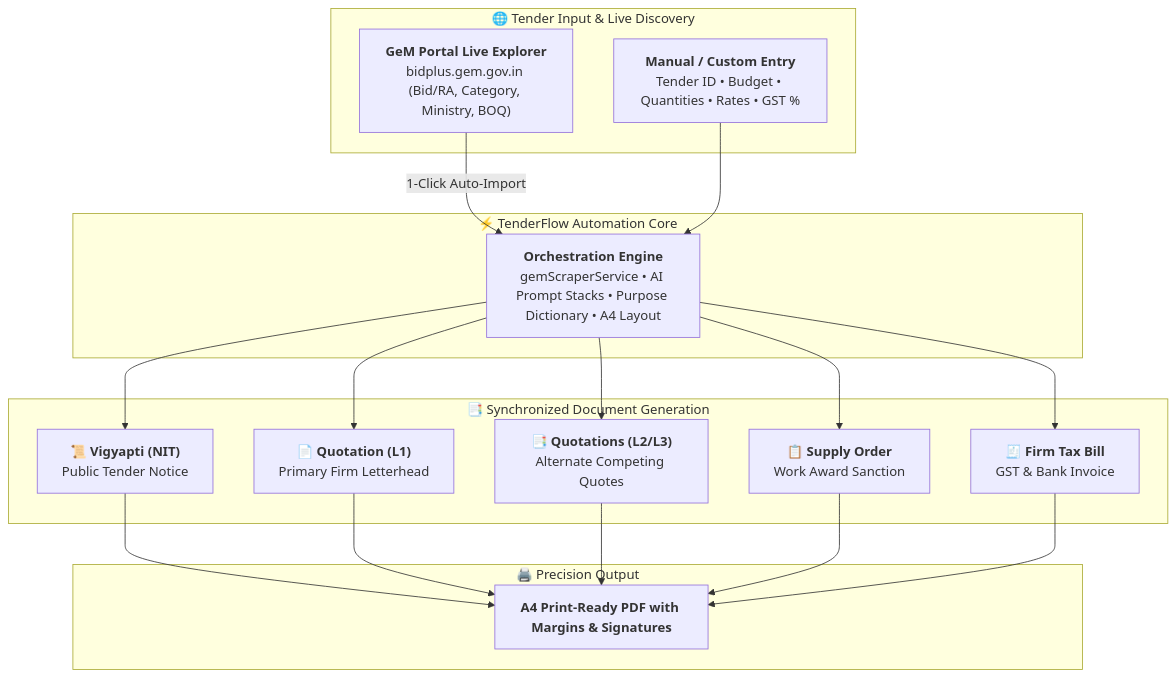
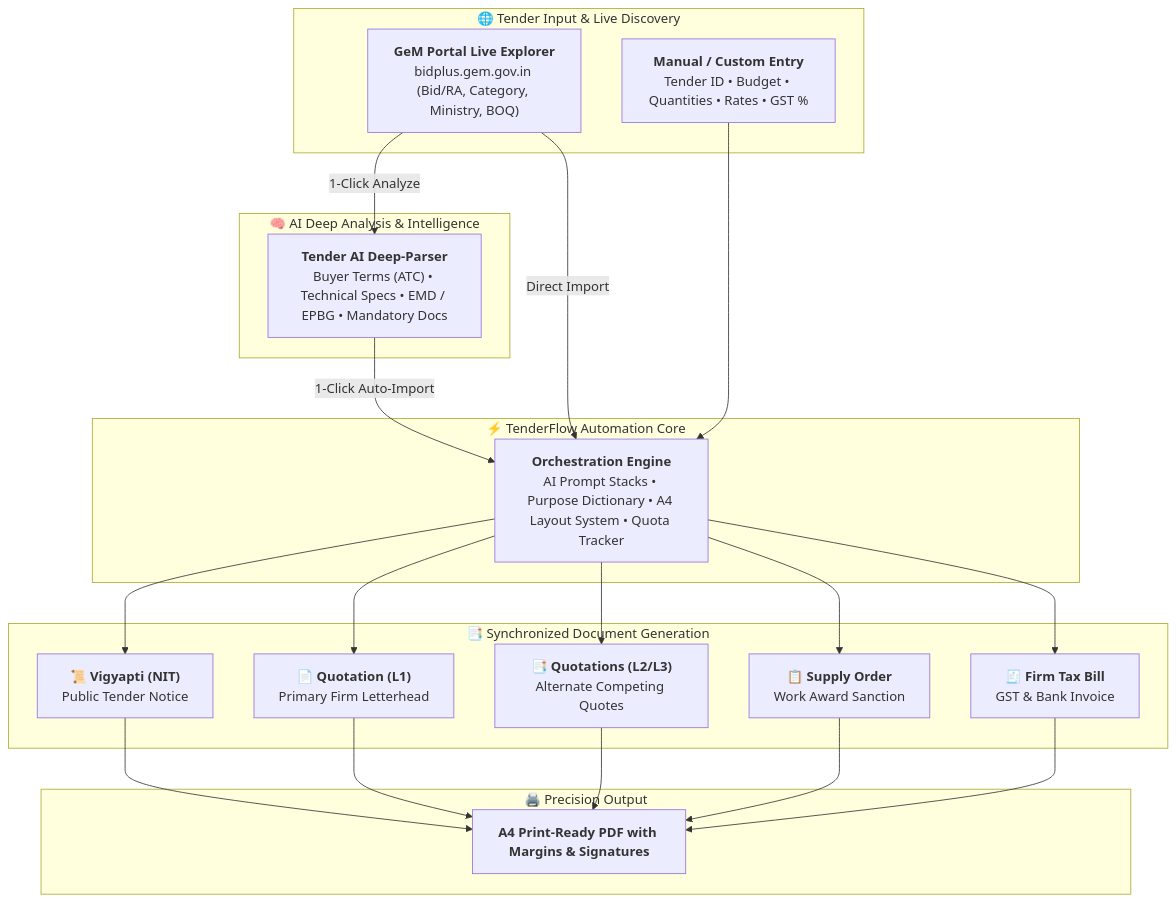
One commit to Magraa/TenderFlow-AI changed the first of 9 diagrams in README.md. Above: the diagram before and after it, drawn with Mermaid. The commit also changed other lines of this file and 18 other files, not shown here.

Commit message:
feat: add AI tender deep analysis, real-time quota tracking HUD & update README

````diff
--- a/README.md
+++ b/README.md
@@ -49,32 +51,38 @@
 ```mermaid
 flowchart TD
     subgraph SOURCES ["🌐 Tender Input & Live Discovery"]
         G["<b>GeM Portal Live Explorer</b><br/>bidplus.gem.gov.in (Bid/RA, Category, Ministry, BOQ)"]
         M["<b>Manual / Custom Entry</b><br/>Tender ID • Budget • Quantities • Rates • GST %"]
     end
 
+    subgraph ANALYSIS ["🧠 AI Deep Analysis & Intelligence"]
+        A["<b>Tender AI Deep-Parser</b><br/>Buyer Terms (ATC) • Technical Specs • EMD / EPBG • Mandatory Docs"]
+    end
+
     subgraph ENGINE ["⚡ TenderFlow Automation Core"]
-        O["<b>Orchestration Engine</b><br/>gemScraperService • AI Prompt Stacks • Purpose Dictionary • A4 Layout"]
+        O["<b>Orchestration Engine</b><br/>AI Prompt Stacks • Purpose Dictionary • A4 Layout System • Quota Tracker"]
     end
 
     subgraph OUTPUTS ["📑 Synchronized Document Generation"]
         D1["📜 <b>Vigyapti (NIT)</b><br/>Public Tender Notice"]
         D2["📄 <b>Quotation (L1)</b><br/>Primary Firm Letterhead"]
         D3["📑 <b>Quotations (L2/L3)</b><br/>Alternate Competing Quotes"]
         D4["📋 <b>Supply Order</b><br/>Work Award Sanction"]
         D5["🧾 <b>Firm Tax Bill</b><br/>GST & Bank Invoice"]
     end
 
     subgraph EXPORT ["🖨️ Precision Output"]
         P["<b>A4 Print-Ready PDF with Margins & Signatures</b>"]
     end
 
-    G -->|1-Click Auto-Import| O
+    G -->|1-Click Analyze| A
+    A -->|1-Click Auto-Import| O
+    G -->|Direct Import| O
     M --> O
     O --> D1
     O --> D2
     O --> D3
     O --> D4
     O --> D5
     D1 & D2 & D3 & D4 & D5 --> P
 ```
````
